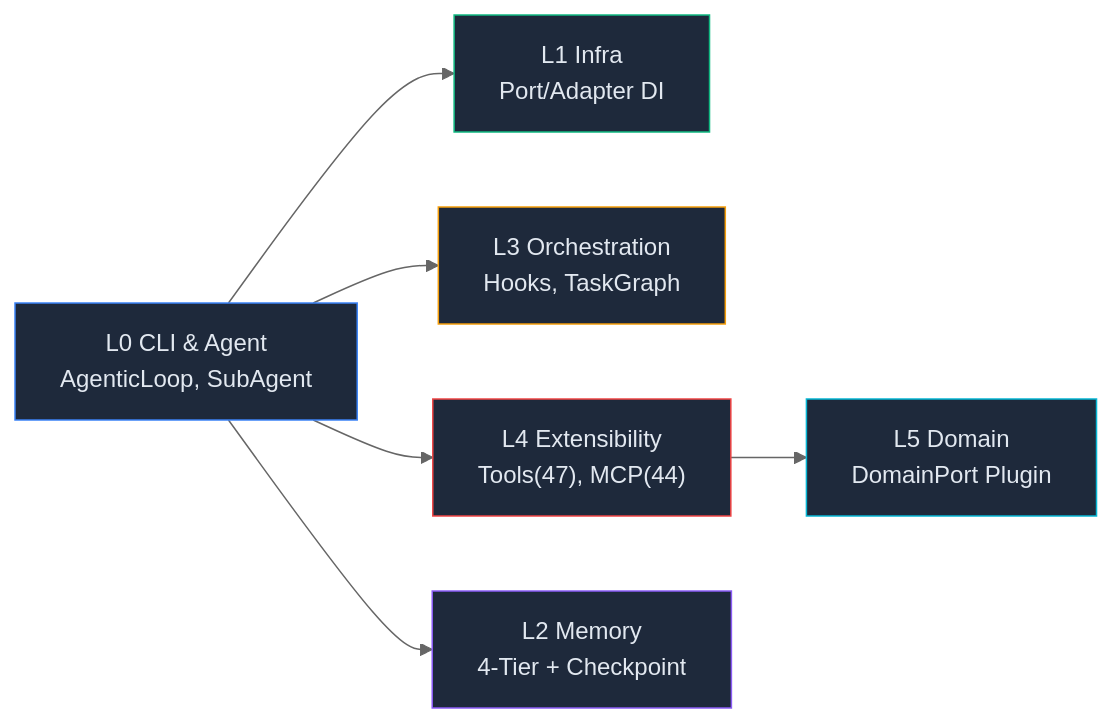
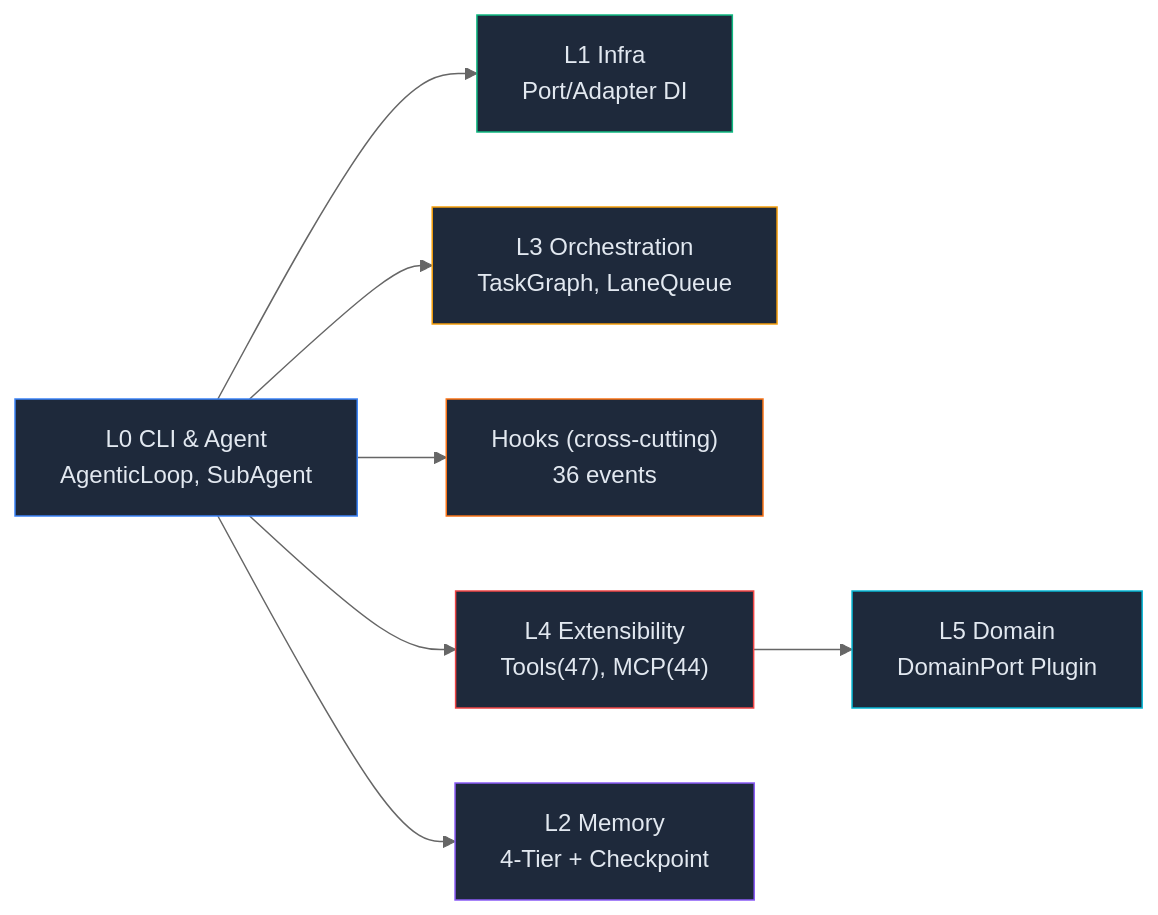
One commit to mangowhoiscloud/geode changed the second of 2 diagrams in README.md. Above: the diagram before and after it, drawn with Mermaid (neutral theme). The commit also changed other lines of this file and 2 other files, not shown here.

````diff
--- a/README.md
+++ b/README.md
@@ -150,15 +151,17 @@
 ```mermaid
 graph LR
     L0["L0 CLI & Agent<br/>AgenticLoop, SubAgent"] --> L1["L1 Infra<br/>Port/Adapter DI"]
-    L0 --> L3["L3 Orchestration<br/>Hooks, TaskGraph"]
+    L0 --> L3["L3 Orchestration<br/>TaskGraph, LaneQueue"]
+    L0 --> HK["Hooks (cross-cutting)<br/>36 events"]
     L0 --> L4["L4 Extensibility<br/>Tools(47), MCP(44)"]
     L4 --> L5["L5 Domain<br/>DomainPort Plugin"]
     L0 --> L2["L2 Memory<br/>4-Tier + Checkpoint"]
 
     style L0 fill:#1e293b,stroke:#3b82f6,color:#e2e8f0
     style L1 fill:#1e293b,stroke:#10b981,color:#e2e8f0
     style L2 fill:#1e293b,stroke:#8b5cf6,color:#e2e8f0
     style L3 fill:#1e293b,stroke:#f59e0b,color:#e2e8f0
+    style HK fill:#1e293b,stroke:#f97316,color:#e2e8f0
     style L4 fill:#1e293b,stroke:#ef4444,color:#e2e8f0
     style L5 fill:#1e293b,stroke:#06b6d4,color:#e2e8f0
 ```
````
